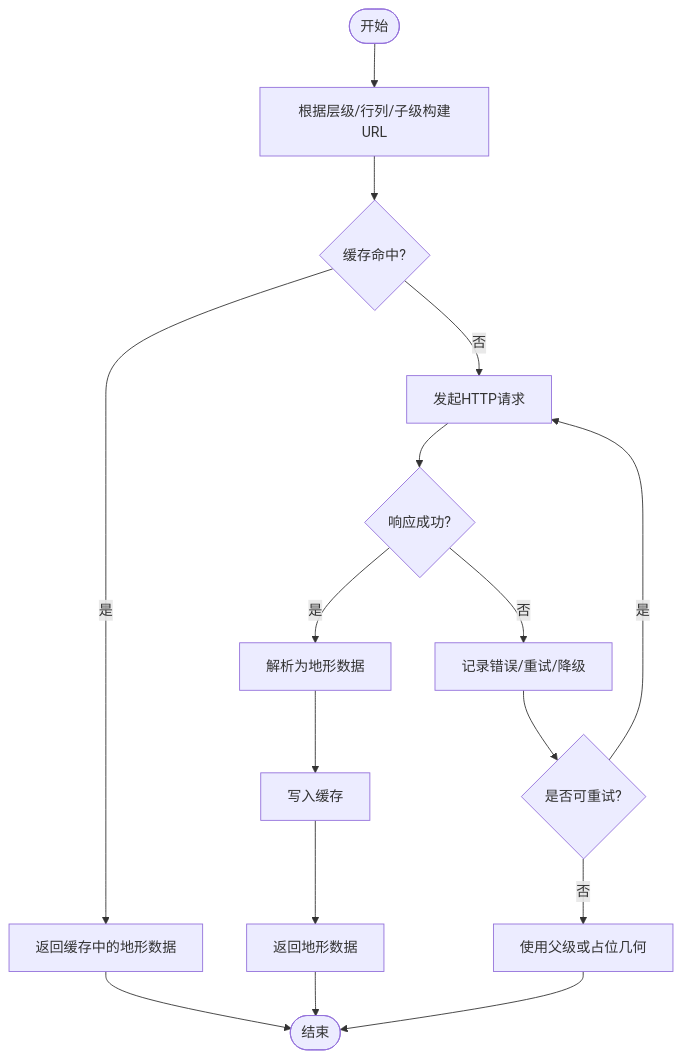
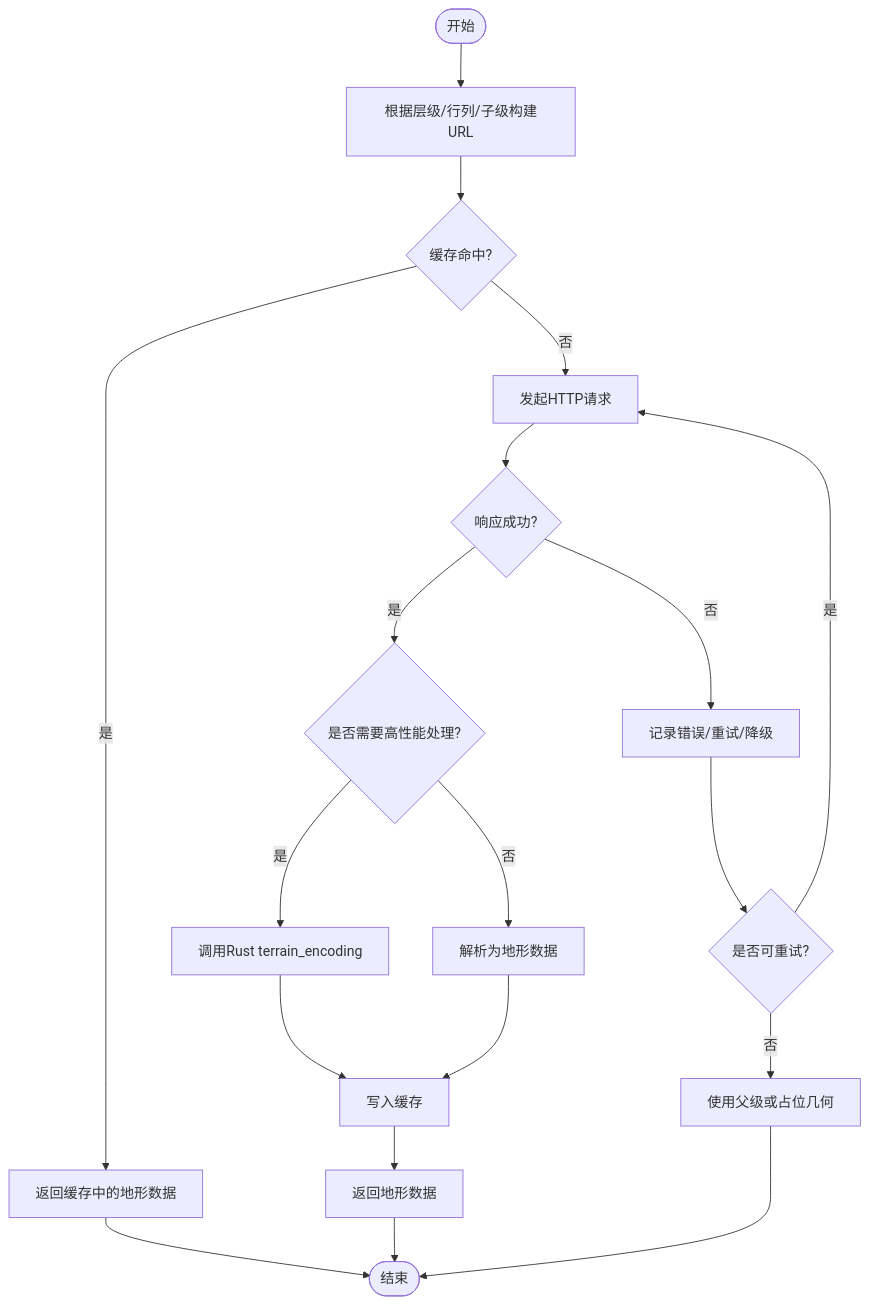
The third of 7 diagrams in .qoder/repowiki/zh/content/项目概述/核心特性/地形与影像系统/地形数据提供者系统.md (rzhangjing/cesium), drawn with Mermaid before and after one commit. The commit also changed other lines of this file and 56 other files, not shown here.

````diff
--- a/.qoder/repowiki/zh/content/项目概述/核心特性/地形与影像系统/地形数据提供者系统.md
+++ b/.qoder/repowiki/zh/content/项目概述/核心特性/地形与影像系统/地形数据提供者系统.md
@@ -156,18 +199,21 @@
 ```mermaid
 flowchart TD
 Start(["开始"]) --> BuildURL["根据层级/行列/子级构建URL"]
 BuildURL --> CheckCache{"缓存命中?"}
 CheckCache --> |是| ReturnCached["返回缓存中的地形数据"]
 CheckCache --> |否| Fetch["发起HTTP请求"]
 Fetch --> RespOK{"响应成功?"}
 RespOK --> |否| HandleErr["记录错误/重试/降级"]
 HandleErr --> MaybeRetry{"是否可重试?"}
 MaybeRetry --> |是| Fetch
 MaybeRetry --> |否| Fallback["使用父级或占位几何"]
-RespOK --> |是| Parse["解析为地形数据"]
-Parse --> CachePut["写入缓存"]
+RespOK --> |是| CheckPerformance{"是否需要高性能处理?"}
+CheckPerformance --> |是| UseRust["调用Rust terrain_encoding"]
+CheckPerformance --> |否| Parse["解析为地形数据"]
+UseRust --> CachePut["写入缓存"]
+Parse --> CachePut
 CachePut --> ReturnData["返回地形数据"]
 ReturnCached --> End(["结束"])
 ReturnData --> End
 Fallback --> End
 ```
````
